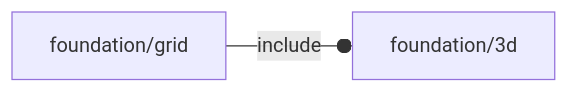
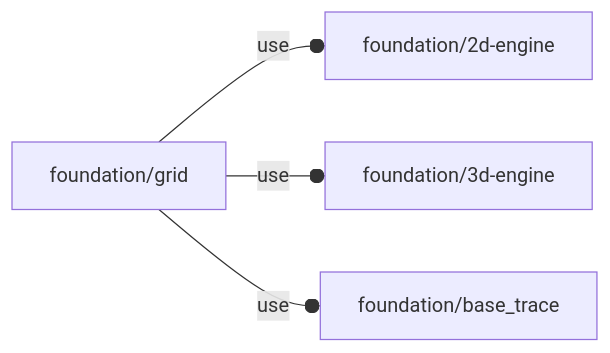
The diagram in orthodocs/foundation/grid.md (ggabbiani/OFL), drawn with Mermaid before and after one commit. The commit also changed 74 other files, not shown here.

````diff
--- a/orthodocs/foundation/grid.md
+++ b/orthodocs/foundation/grid.md
@@ -5,4 +5,6 @@
 ```mermaid
 graph LR
-    A1[foundation/grid] --o|include| A2[foundation/3d]
+    A1[foundation/grid] --o|use| A2[foundation/2d-engine]
+    A1 --o|use| A3[foundation/3d-engine]
+    A1 --o|use| A4[foundation/base_trace]
 ```
````
